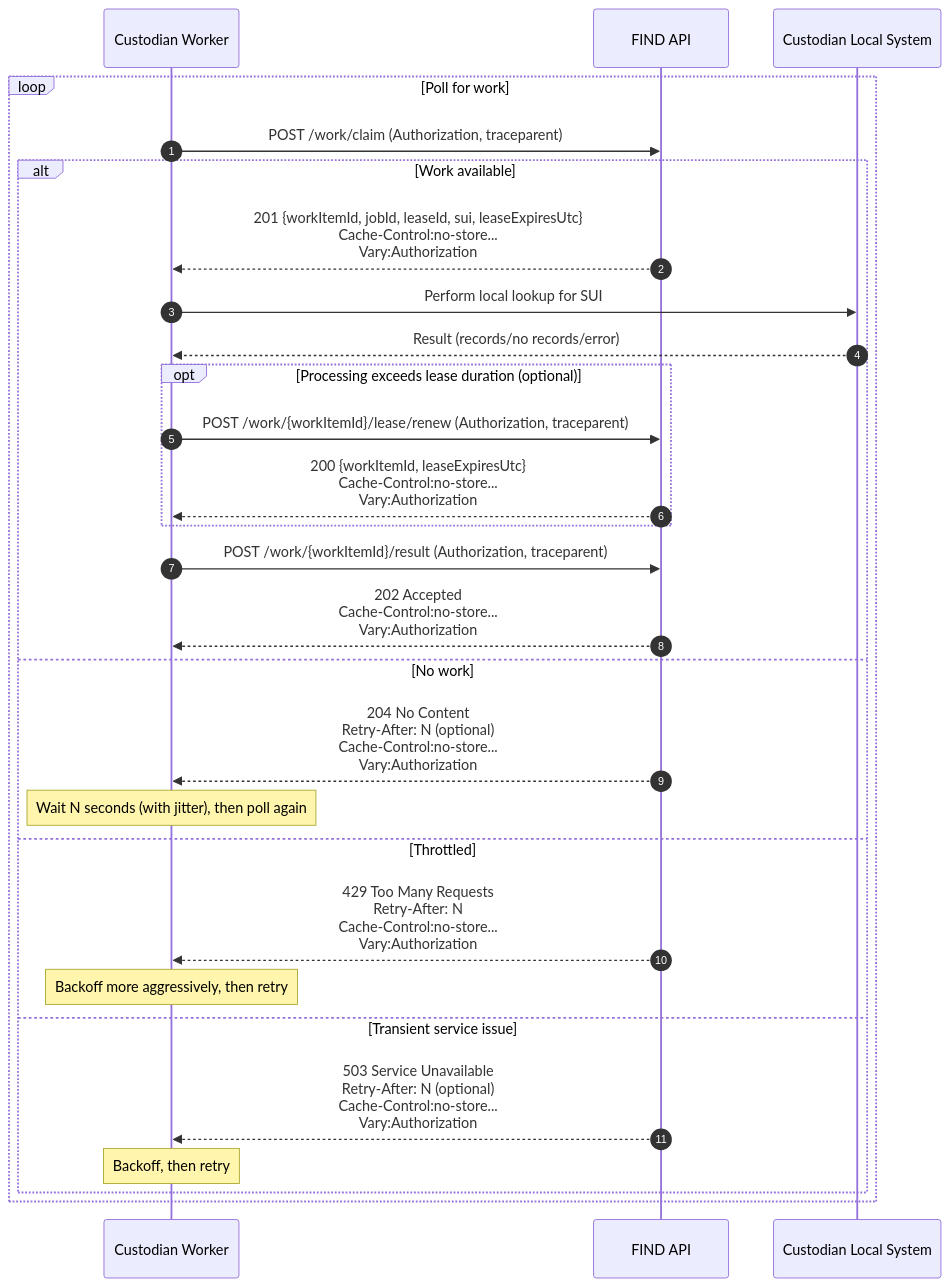
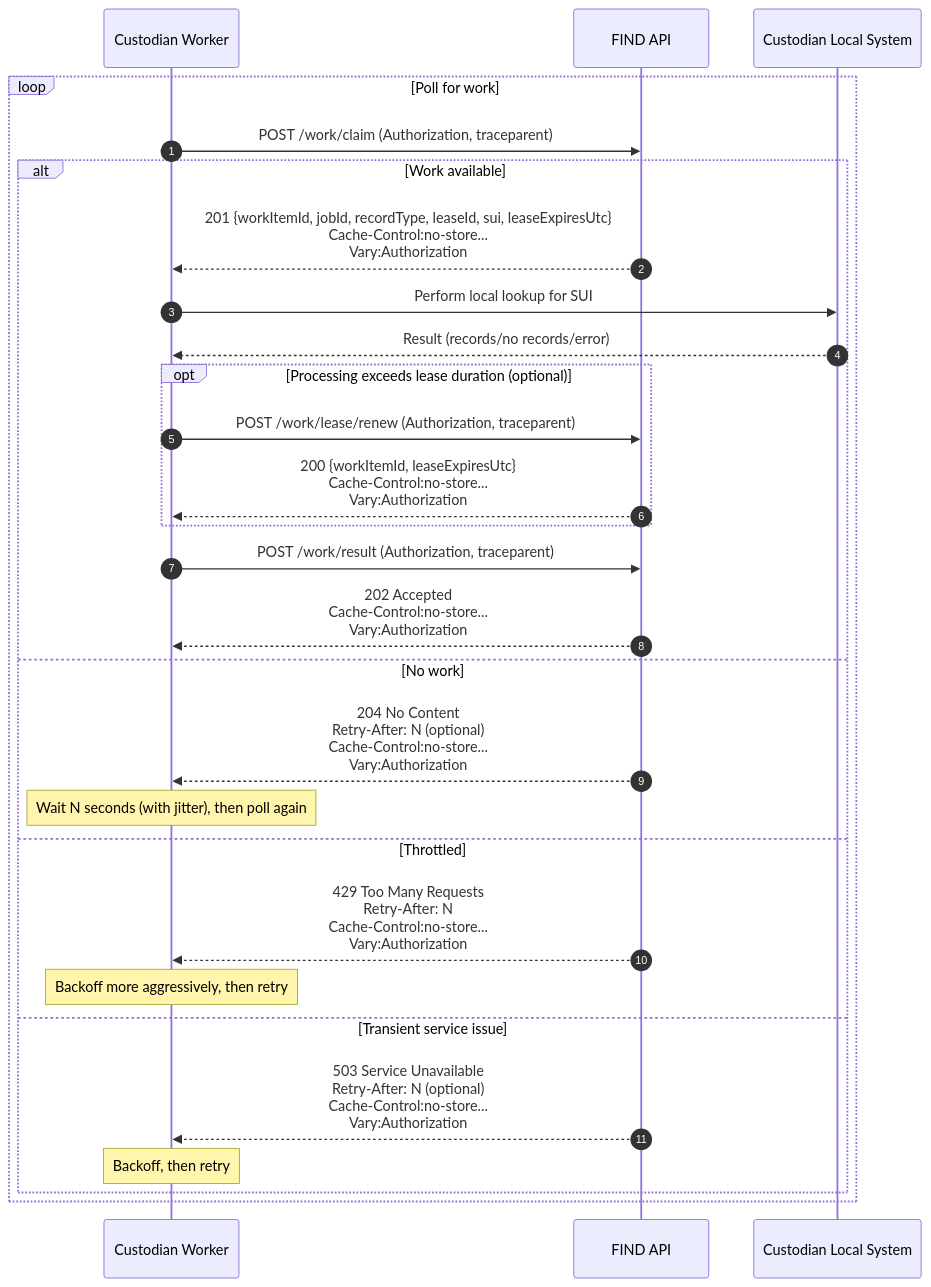
Before and after one commit to DFE-Digital/single-unique-identifier: the diagram in Docs/Design/Variants/PollingDiscovery/Polling/Endpoints.md, drawn with Mermaid. The commit also changed other lines of this file and 2 other files, not shown here.

````diff
--- a/Docs/Design/Variants/PollingDiscovery/Polling/Endpoints.md
+++ b/Docs/Design/Variants/PollingDiscovery/Polling/Endpoints.md
@@ -243,33 +244,33 @@
 ```mermaid
 sequenceDiagram
     autonumber
     participant C as Custodian Worker
     participant F as FIND API
     participant S as Custodian Local System
 
     loop Poll for work
         C->>F: POST /work/claim (Authorization, traceparent)
         alt Work available
-            F-->>C: 201 {workItemId, jobId, leaseId, sui, leaseExpiresUtc}<br/>Cache-Control:no-store...<br/>Vary:Authorization
+            F-->>C: 201 {workItemId, jobId, recordType, leaseId, sui, leaseExpiresUtc}<br/>Cache-Control:no-store...<br/>Vary:Authorization
             C->>S: Perform local lookup for SUI
             S-->>C: Result (records/no records/error)
 
             opt Processing exceeds lease duration (optional)
-                C->>F: POST /work/{workItemId}/lease/renew (Authorization, traceparent)
+                C->>F: POST /work/lease/renew (Authorization, traceparent)
                 F-->>C: 200 {workItemId, leaseExpiresUtc}<br/>Cache-Control:no-store...<br/>Vary:Authorization
             end
 
-            C->>F: POST /work/{workItemId}/result (Authorization, traceparent)
+            C->>F: POST /work/result (Authorization, traceparent)
             F-->>C: 202 Accepted<br/>Cache-Control:no-store...<br/>Vary:Authorization
         else No work
             F-->>C: 204 No Content<br/>Retry-After: N (optional)<br/>Cache-Control:no-store...<br/>Vary:Authorization
             Note over C: Wait N seconds (with jitter), then poll again
         else Throttled
             F-->>C: 429 Too Many Requests<br/>Retry-After: N<br/>Cache-Control:no-store...<br/>Vary:Authorization
             Note over C: Backoff more aggressively, then retry
         else Transient service issue
             F-->>C: 503 Service Unavailable<br/>Retry-After: N (optional)<br/>Cache-Control:no-store...<br/>Vary:Authorization
             Note over C: Backoff, then retry
         end
     end
 ```
````
